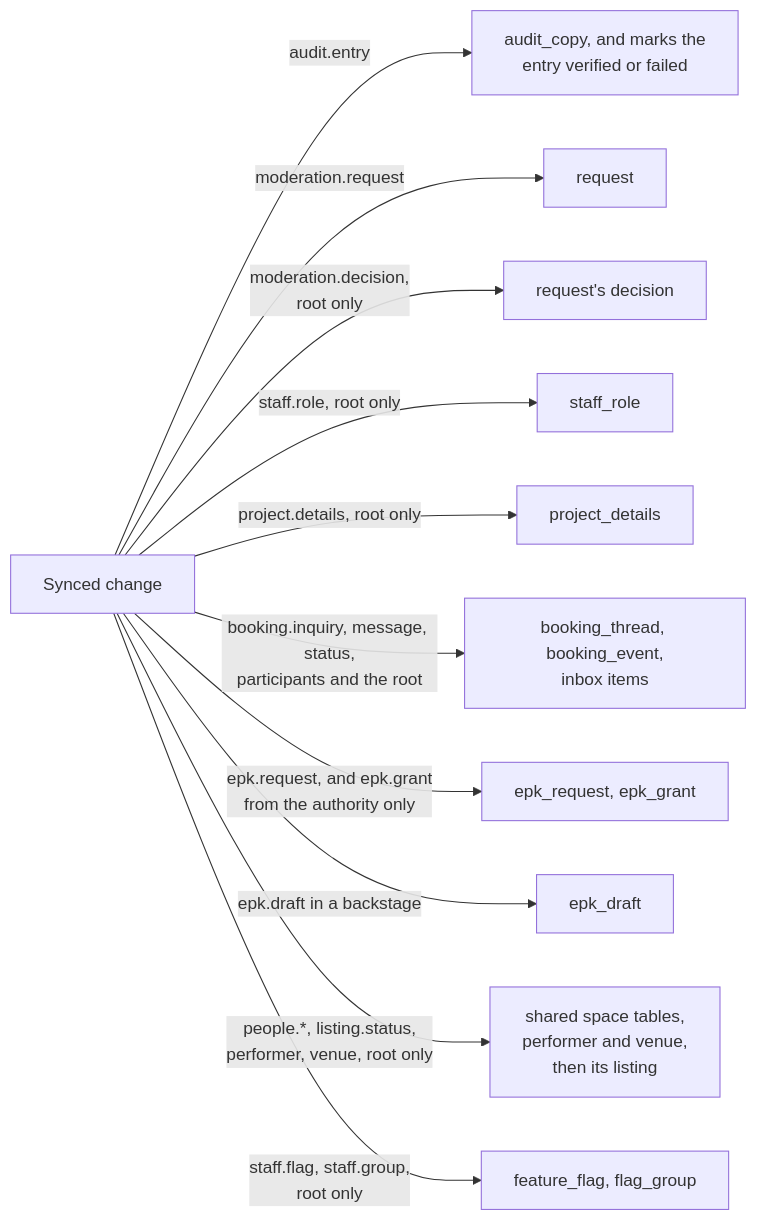
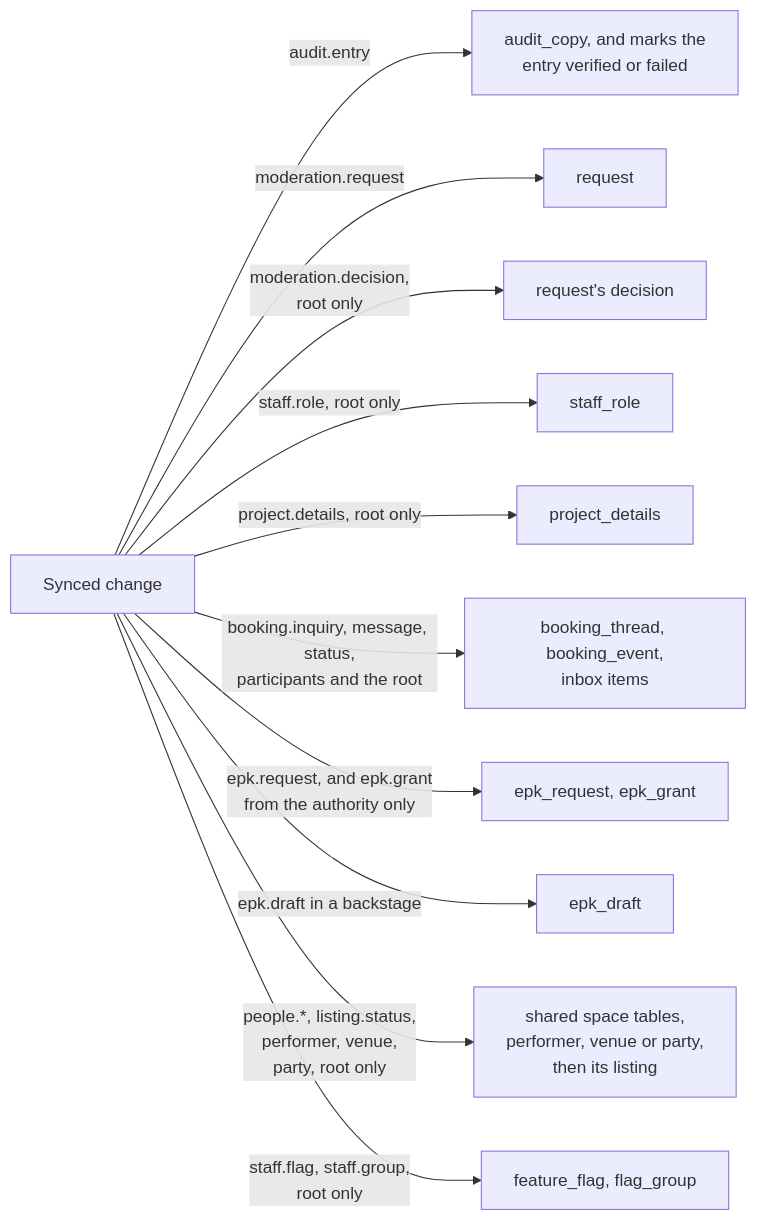
Before and after one commit to cutenode/localnetwork: the seventh of 8 diagrams in apps/web/docs/diagrams/spaces.md, drawn with Mermaid. The commit also changed 47 other files, not shown here.

````diff
--- a/apps/web/docs/diagrams/spaces.md
+++ b/apps/web/docs/diagrams/spaces.md
@@ -161,14 +161,14 @@
 ```mermaid
 flowchart LR
   Sync["Synced change"]
   Sync -- "audit.entry" --> A1["audit_copy, and marks the<br/>entry verified or failed"]
   Sync -- "moderation.request" --> A2["request"]
   Sync -- "moderation.decision,<br/>root only" --> A3["request's decision"]
   Sync -- "staff.role, root only" --> A4["staff_role"]
   Sync -- "project.details, root only" --> A5["project_details"]
   Sync -- "booking.inquiry, message, status,<br/>participants and the root" --> A6["booking_thread, booking_event,<br/>inbox items"]
   Sync -- "epk.request, and epk.grant<br/>from the authority only" --> A7["epk_request, epk_grant"]
   Sync -- "epk.draft in a backstage" --> A8["epk_draft"]
-  Sync -- "people.*, listing.status,<br/>performer, venue, root only" --> A9["shared space tables,<br/>performer and venue,<br/>then its listing"]
+  Sync -- "people.*, listing.status,<br/>performer, venue,<br/>party, root only" --> A9["shared space tables,<br/>performer, venue or party,<br/>then its listing"]
   Sync -- "staff.flag, staff.group,<br/>root only" --> A10["feature_flag, flag_group"]
 ```
````
